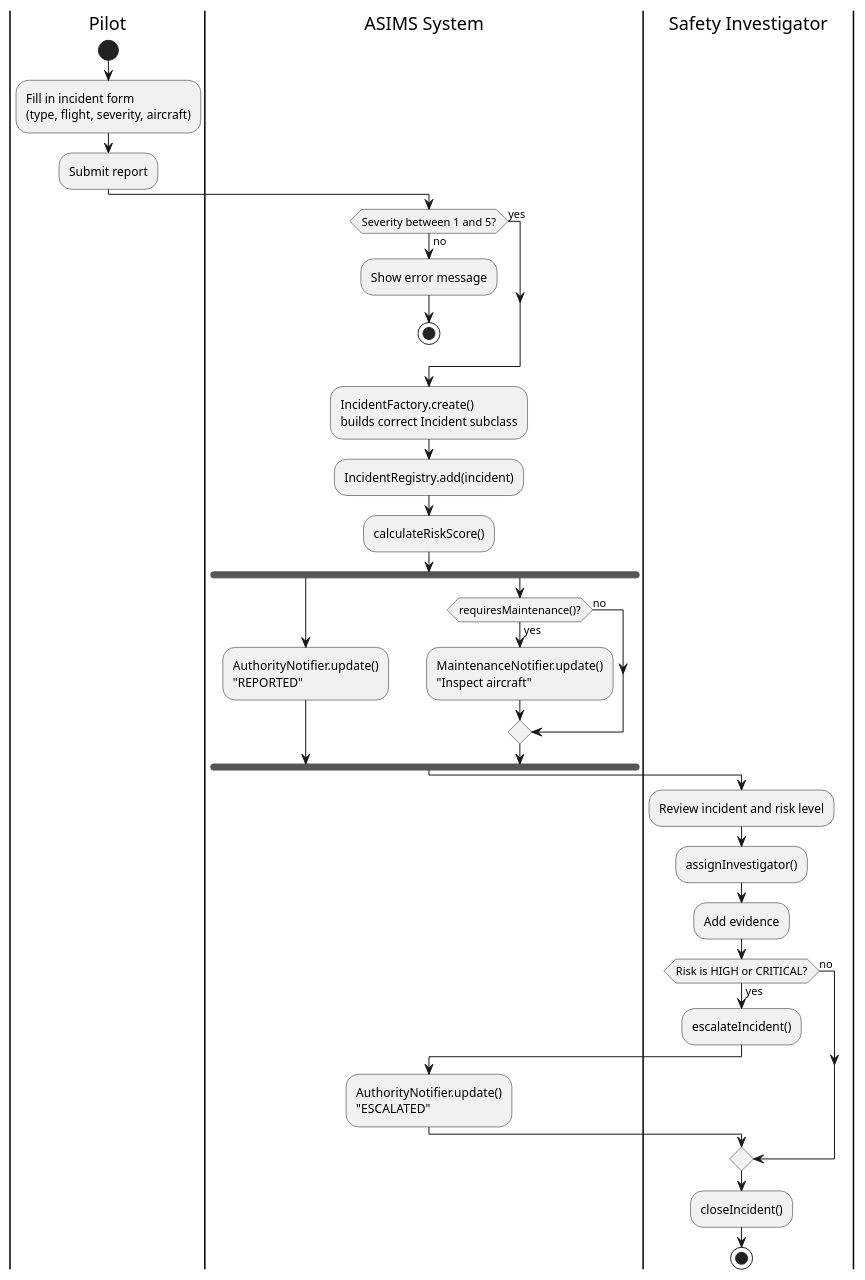
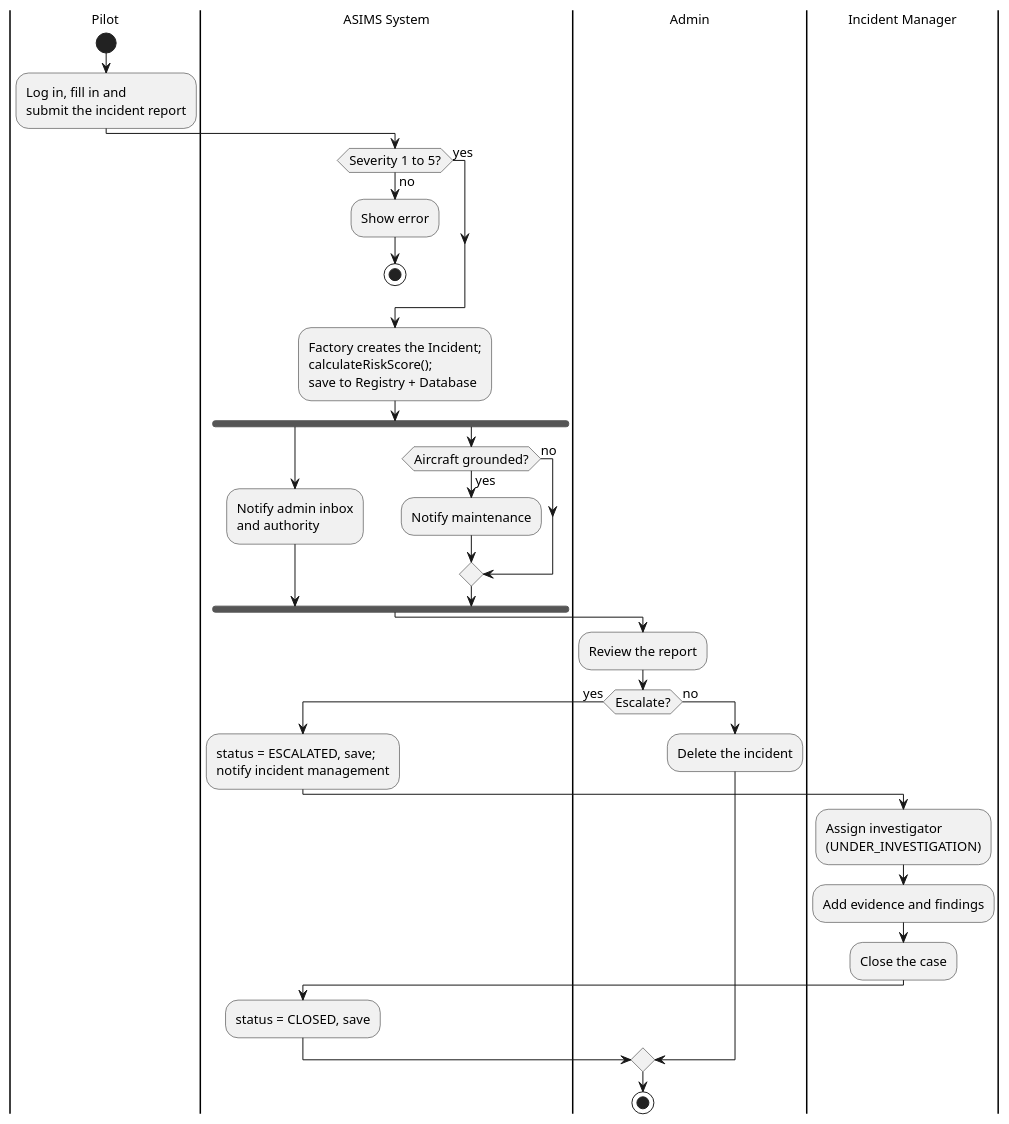
Before and after one commit to hassanshakil22/OOAD-ASIMS: the second of 10 diagrams in docs/UML_DIAGRAMS.md, drawn with PlantUML. The commit also changed other lines of this file and 25 other files, not shown here.

Commit message:
Update report, UML diagrams, test results and README for the new system

````diff
--- a/docs/UML_DIAGRAMS.md
+++ b/docs/UML_DIAGRAMS.md
@@ -79,40 +75,41 @@
 ```plantuml
 @startuml
+skinparam defaultFontSize 13
 |Pilot|
 start
-:Fill in incident form\n(type, flight, severity, aircraft);
-:Submit report;
+:Log in, fill in and\nsubmit the incident report;
 
 |ASIMS System|
-if (Severity between 1 and 5?) then (no)
-  :Show error message;
+if (Severity 1 to 5?) then (no)
+  :Show error;
   stop
 else (yes)
 endif
-:IncidentFactory.create()\nbuilds correct Incident subclass;
-:IncidentRegistry.add(incident);
-:calculateRiskScore();
+:Factory creates the Incident;\ncalculateRiskScore();\nsave to Registry + Database;
 fork
-  :AuthorityNotifier.update()\n"REPORTED";
+  :Notify admin inbox\nand authority;
 fork again
-  if (requiresMaintenance()?) then (yes)
-    :MaintenanceNotifier.update()\n"Inspect aircraft";
+  if (Aircraft grounded?) then (yes)
+    :Notify maintenance;
   else (no)
   endif
 end fork
 
-|Safety Investigator|
-:Review incident and risk level;
-:assignInvestigator();
-:Add evidence;
-if (Risk is HIGH or CRITICAL?) then (yes)
-  :escalateIncident();
+|Admin|
+:Review the report;
+if (Escalate?) then (yes)
   |ASIMS System|
-  :AuthorityNotifier.update()\n"ESCALATED";
-  |Safety Investigator|
+  :status = ESCALATED, save;\nnotify incident management;
+  |Incident Manager|
+  :Assign investigator\n(UNDER_INVESTIGATION);
+  :Add evidence and findings;
+  :Close the case;
+  |ASIMS System|
+  :status = CLOSED, save;
 else (no)
+  |Admin|
+  :Delete the incident;
 endif
-:closeIncident();
 stop
 @enduml
 ```
````
